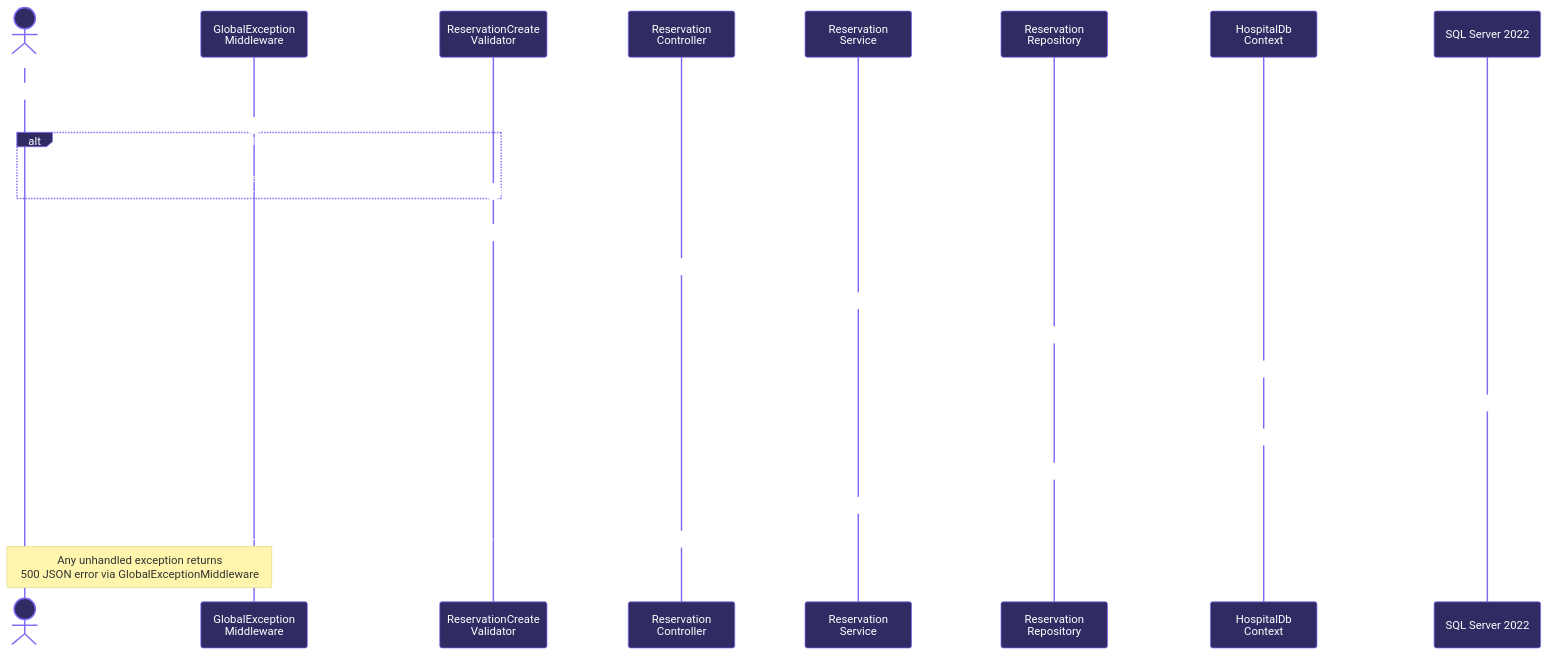
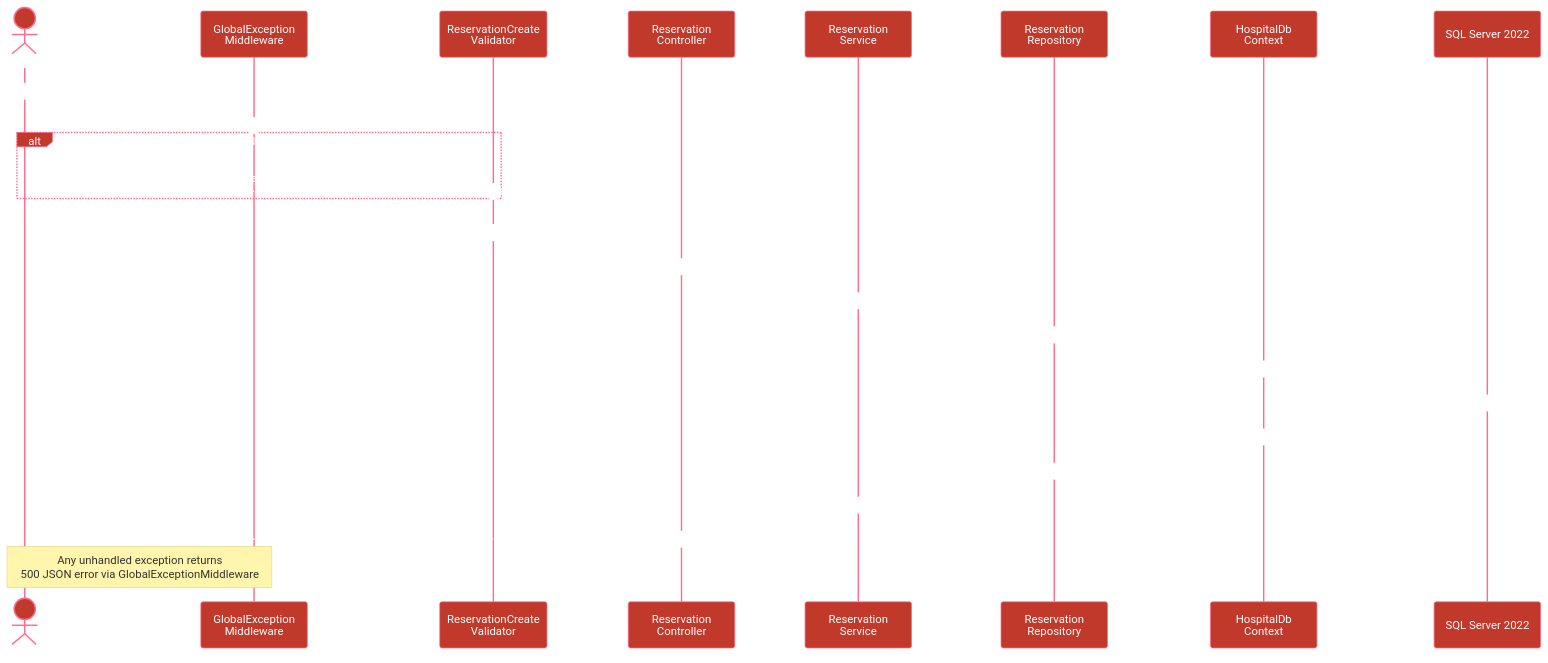
One commit to DARusrus/Hospital-System changed the second of 3 diagrams in README.md. Above: the diagram before and after it, drawn with Mermaid. The commit also changed other lines of this file, not shown here.

````diff
--- a/README.md
+++ b/README.md
@@ -138,41 +138,41 @@
 ```mermaid
 %%{init: {'theme': 'base', 'themeVariables': {
-  'primaryColor': '#302b63',
+  'primaryColor': '#c0392b',
   'primaryTextColor': '#ffffff',
-  'primaryBorderColor': '#7C6AF7',
-  'lineColor': '#7C6AF7',
-  'secondaryColor': '#0f0c29',
-  'tertiaryColor': '#24243e',
-  'activationBorderColor': '#7C6AF7',
-  'activationBkgColor': '#302b63',
+  'primaryBorderColor': '#ff6b8a',
+  'lineColor': '#ff6b8a',
+  'secondaryColor': '#7b1a1a',
+  'tertiaryColor': '#3d0f0f',
+  'activationBorderColor': '#ff6b8a',
+  'activationBkgColor': '#c0392b',
   'sequenceNumberColor': '#ffffff',
   'fontFamily': 'JetBrains Mono'
 }}}%%
 sequenceDiagram
     autonumber
     actor Client
     participant MW as GlobalException<br/>Middleware
     participant VAL as ReservationCreate<br/>Validator
     participant CTRL as Reservation<br/>Controller
     participant SVC as Reservation<br/>Service
     participant REPO as Reservation<br/>Repository
     participant CTX as HospitalDb<br/>Context
     participant DB as SQL Server 2022
 
     Client->>MW: POST /api/reservation (JSON body)
     MW->>VAL: Pipe request through FluentValidation
     alt Validation fails
         VAL-->>Client: 400 Bad Request + error details
     end
     VAL->>CTRL: Valid ReservationCreateDto
     CTRL->>SVC: CreateAsync(dto)
     SVC->>REPO: AddAsync(reservation entity)
     REPO->>CTX: DbSet⟨Reservation⟩.AddAsync()
     CTX->>DB: INSERT INTO Reservations (T-SQL)
     DB-->>CTX: Row inserted + generated Id
     CTX-->>REPO: SaveChangesAsync() → OK
     REPO-->>SVC: Saved Reservation entity
     SVC-->>CTRL: ReservationResponseDto
     CTRL-->>Client: 201 CreatedAtAction + Location header
     Note over MW,Client: Any unhandled exception returns<br/>500 JSON error via GlobalExceptionMiddleware
 ```
````
